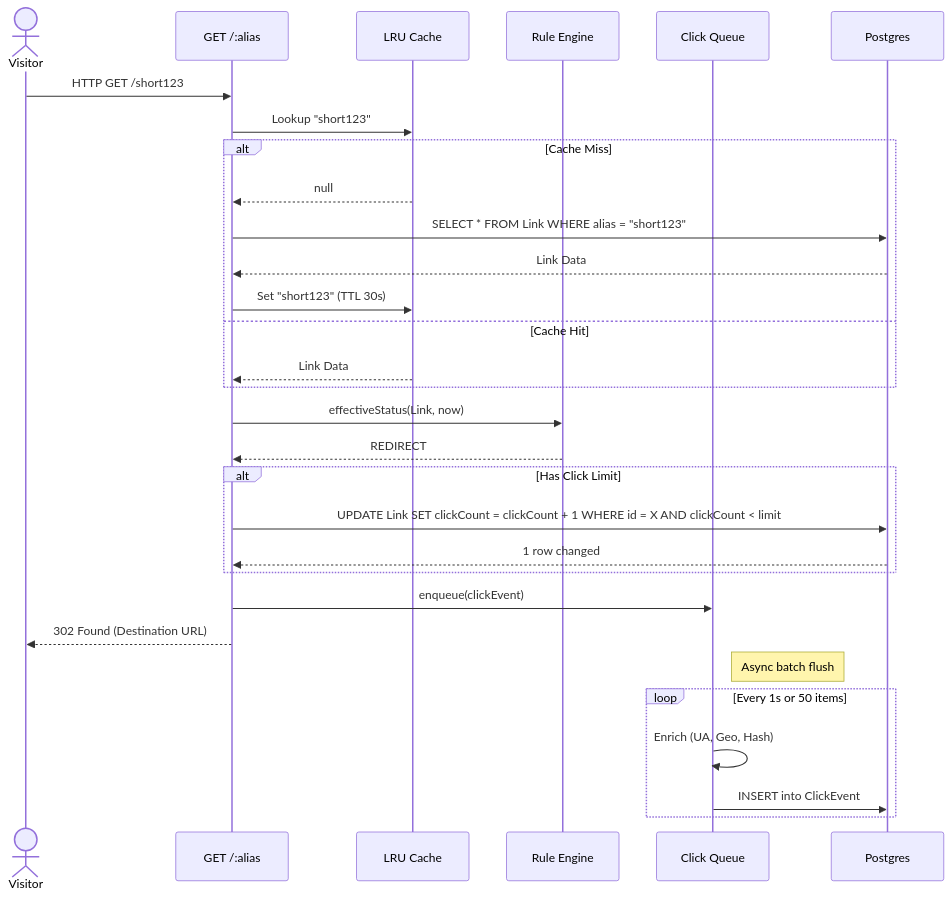
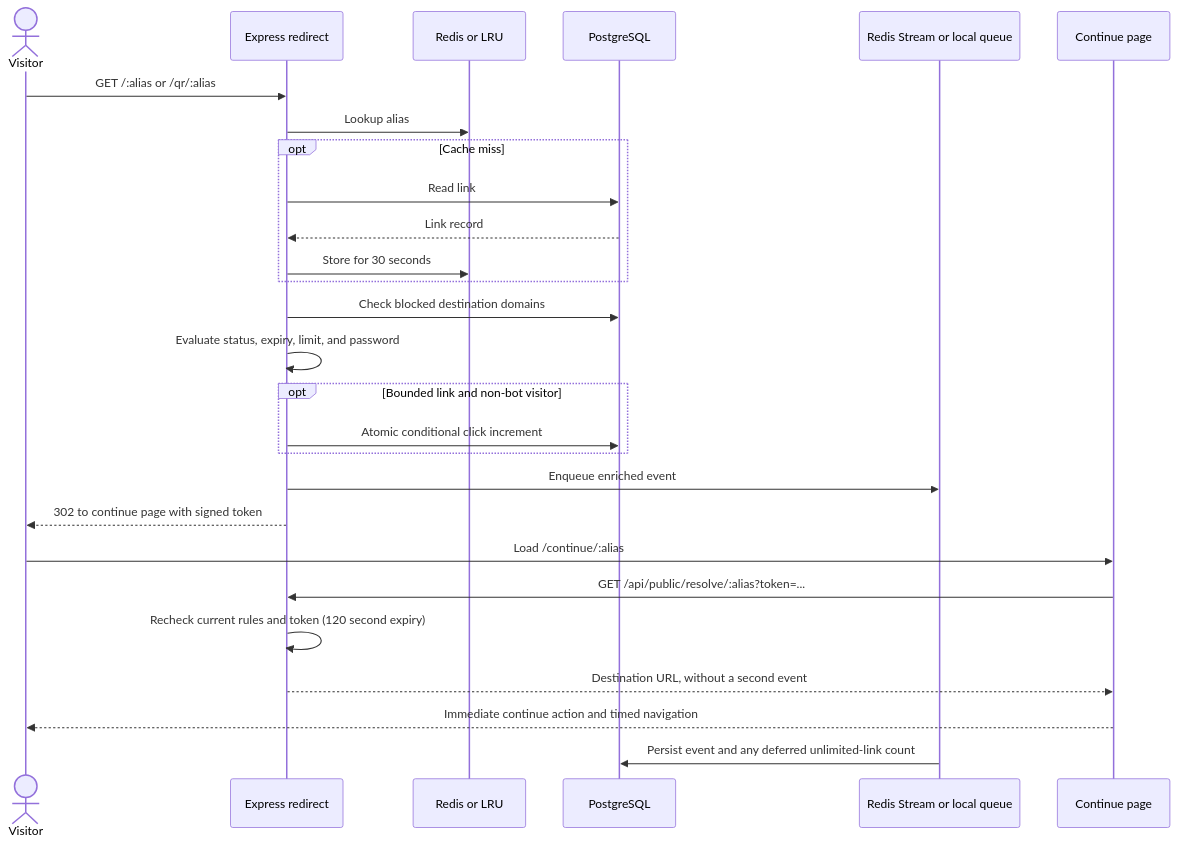
The second of 5 diagrams in docs/design/04-sequence-diagrams.md (priyanshubishtme/pulse), drawn with Mermaid before and after one commit. The commit also changed other lines of this file and 51 other files, not shown here.

````diff
--- a/docs/design/04-sequence-diagrams.md
+++ b/docs/design/04-sequence-diagrams.md
@@ -35,37 +40,29 @@
 ```mermaid
 sequenceDiagram
     actor Visitor
-    participant Server as GET /:alias
-    participant Cache as LRU Cache
-    participant Engine as Rule Engine
-    participant Queue as Click Queue
-    participant DB as Postgres
-
-    Visitor->>Server: HTTP GET /short123
-    Server->>Cache: Lookup "short123"
-    alt Cache Miss
-        Cache-->>Server: null
-        Server->>DB: SELECT * FROM Link WHERE alias = "short123"
-        DB-->>Server: Link Data
-        Server->>Cache: Set "short123" (TTL 30s)
-    else Cache Hit
-        Cache-->>Server: Link Data
+    participant API as Express redirect
+    participant Cache as Redis or LRU
+    participant DB as PostgreSQL
+    participant Q as Redis Stream or local queue
+    participant Web as Continue page
+    Visitor->>API: GET /:alias or /qr/:alias
+    API->>Cache: Lookup alias
+    opt Cache miss
+        API->>DB: Read link
+        DB-->>API: Link record
+        API->>Cache: Store for 30 seconds
     end
-    
-    Server->>Engine: effectiveStatus(Link, now)
-    Engine-->>Server: REDIRECT
-    
-    alt Has Click Limit
-        Server->>DB: UPDATE Link SET clickCount = clickCount + 1 WHERE id = X AND clickCount < limit
-        DB-->>Server: 1 row changed
+    API->>DB: Check blocked destination domains
+    API->>API: Evaluate status, expiry, limit, and password
+    opt Bounded link and non-bot visitor
+        API->>DB: Atomic conditional click increment
     end
-
-    Server->>Queue: enqueue(clickEvent)
-    Server-->>Visitor: 302 Found (Destination URL)
-    
-    Note right of Queue: Async batch flush
-    loop Every 1s or 50 items
-        Queue->>Queue: Enrich (UA, Geo, Hash)
-        Queue->>DB: INSERT into ClickEvent
-    end
+    API->>Q: Enqueue enriched event
+    API-->>Visitor: 302 to continue page with signed token
+    Visitor->>Web: Load /continue/:alias
+    Web->>API: GET /api/public/resolve/:alias?token=...
+    API->>API: Recheck current rules and token (120 second expiry)
+    API-->>Web: Destination URL, without a second event
+    Web-->>Visitor: Immediate continue action and timed navigation
+    Q->>DB: Persist event and any deferred unlimited-link count
 ```
````
